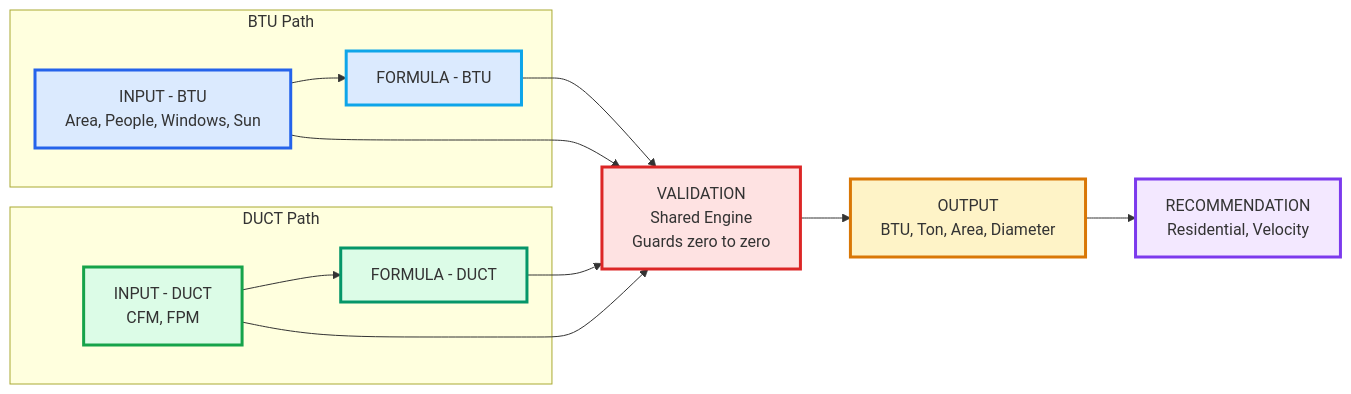
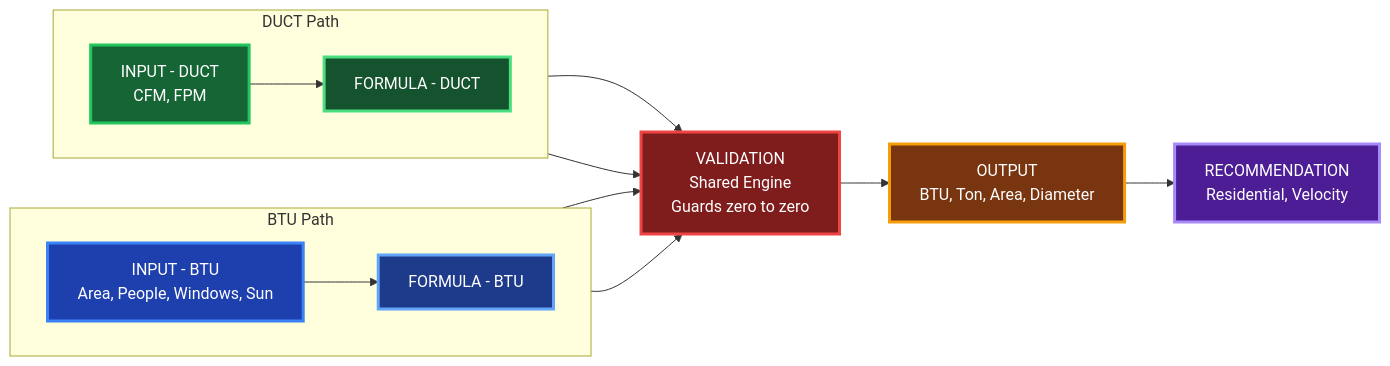
One commit to omar-khatab/HVAC-Calculator changed the diagram in README.md. Above: the diagram before and after it, drawn with Mermaid.

````diff
--- a/README.md
+++ b/README.md
@@ -35,31 +35,33 @@
 ```mermaid
 flowchart LR
     subgraph BTU["BTU Path"]
+        direction LR
         A1["INPUT - BTU<br>Area, People, Windows, Sun"]
         B1["FORMULA - BTU"]
         A1 --> B1
     end
     subgraph DUCT["DUCT Path"]
+        direction LR
         A2["INPUT - DUCT<br>CFM, FPM"]
         B2["FORMULA - DUCT"]
         A2 --> B2
     end
     C["VALIDATION<br>Shared Engine<br>Guards zero to zero"]
     D["OUTPUT<br>BTU, Ton, Area, Diameter"]
     E["RECOMMENDATION<br>Residential, Velocity"]
 
     B1 --> C
     A1 --> C
     B2 --> C
     A2 --> C
     C --> D
     D --> E
 
-    style A1 fill:#DBEAFE,stroke:#2563EB,stroke-width:3px
-    style B1 fill:#DBEAFE,stroke:#0EA5E9,stroke-width:3px
-    style A2 fill:#DCFCE7,stroke:#16A34A,stroke-width:3px
-    style B2 fill:#DCFCE7,stroke:#059669,stroke-width:3px
-    style C fill:#FEE2E2,stroke:#DC2626,stroke-width:3px
-    style D fill:#FEF3C7,stroke:#D97706,stroke-width:3px
-    style E fill:#F3E8FF,stroke:#7C3AED,stroke-width:3px
+    style A1 fill:#1E40AF,stroke:#3B82F6,color:#FFFFFF,stroke-width:3px
+    style B1 fill:#1E3A8A,stroke:#60A5FA,color:#FFFFFF,stroke-width:3px
+    style A2 fill:#166534,stroke:#22C55E,color:#FFFFFF,stroke-width:3px
+    style B2 fill:#14532D,stroke:#4ADE80,color:#FFFFFF,stroke-width:3px
+    style C fill:#7F1D1D,stroke:#EF4444,color:#FFFFFF,stroke-width:3px
+    style D fill:#78350F,stroke:#F59E0B,color:#FFFFFF,stroke-width:3px
+    style E fill:#4C1D95,stroke:#A78BFA,color:#FFFFFF,stroke-width:3px
 ```
````
